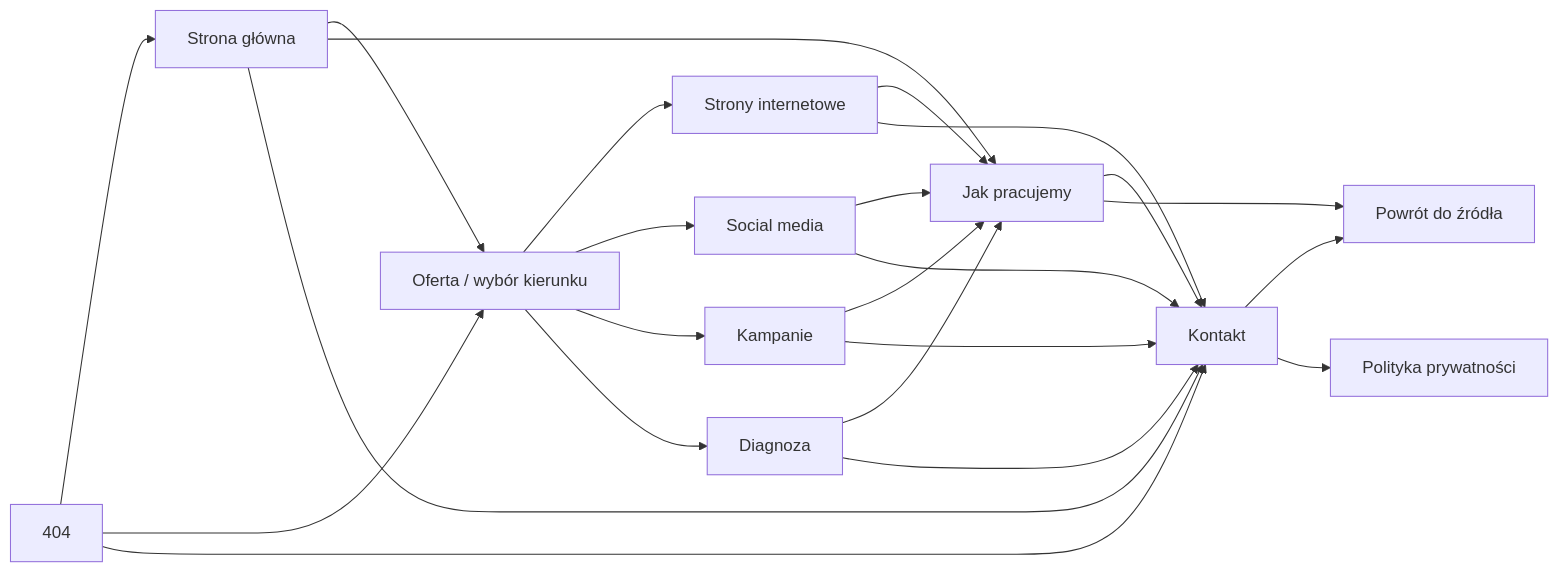
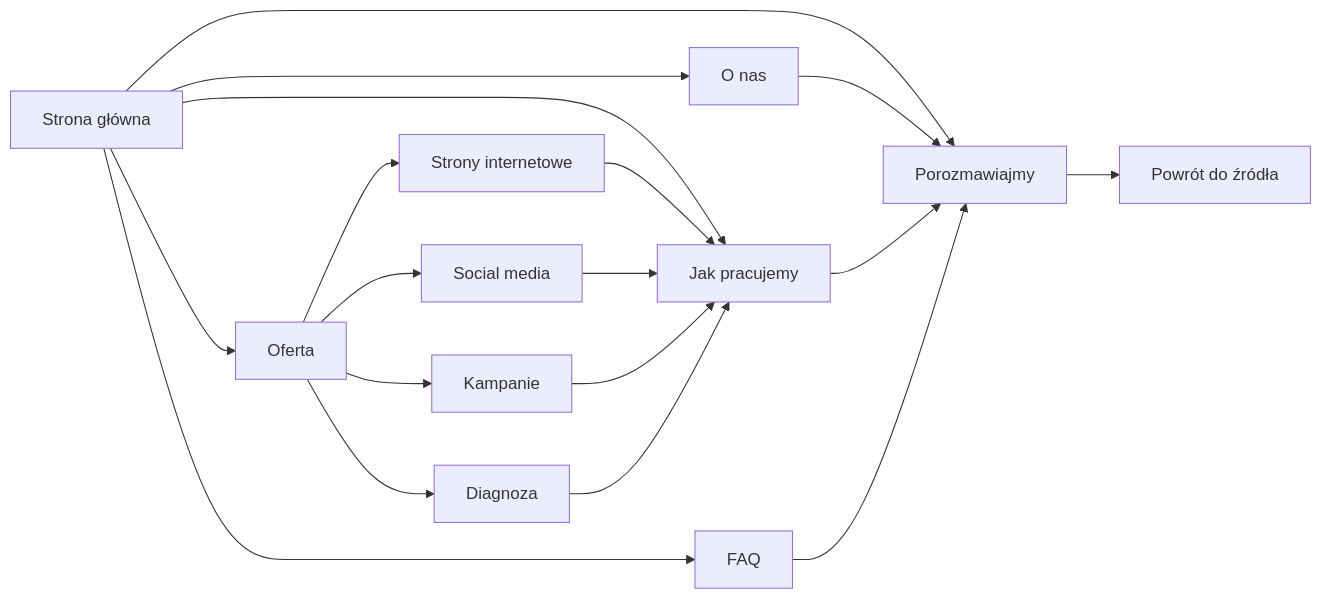
One commit to Powers-P1/strona-ok-agency changed the diagram in docs/NAVIGATION-MAP.md. Above: the diagram before and after it, drawn with Mermaid. The commit also changed other lines of this file and 24 other files, not shown here.

````diff
--- a/docs/NAVIGATION-MAP.md
+++ b/docs/NAVIGATION-MAP.md
@@ -7,29 +7,22 @@
 ```mermaid
 flowchart LR
-  H["Strona główna"] --> O["Oferta / wybór kierunku"]
+  H["Strona główna"] --> O["Oferta"]
+  H --> A["O nas"]
   H --> P["Jak pracujemy"]
-  H --> K["Kontakt"]
+  H --> F["FAQ"]
+  H --> K["Porozmawiajmy"]
 
   O --> W["Strony internetowe"]
   O --> S["Social media"]
   O --> C["Kampanie"]
   O --> D["Diagnoza"]
 
   W --> P
   S --> P
   C --> P
   D --> P
-
-  W --> K
-  S --> K
-  C --> K
-  D --> K
+  A --> K
   P --> K
-
+  F --> K
   K --> R["Powrót do źródła"]
-  P --> R
-  K --> PP["Polityka prywatności"]
-  E["404"] --> H
-  E --> O
-  E --> K
 ```
````
